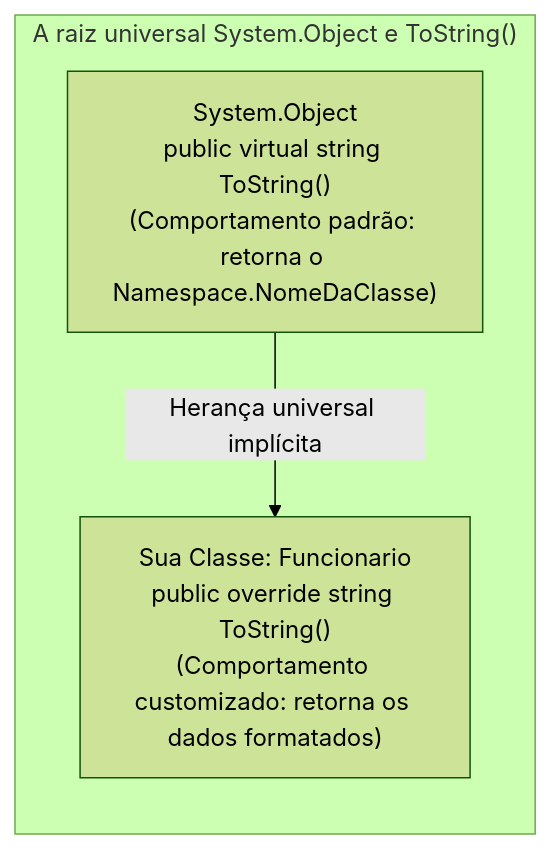
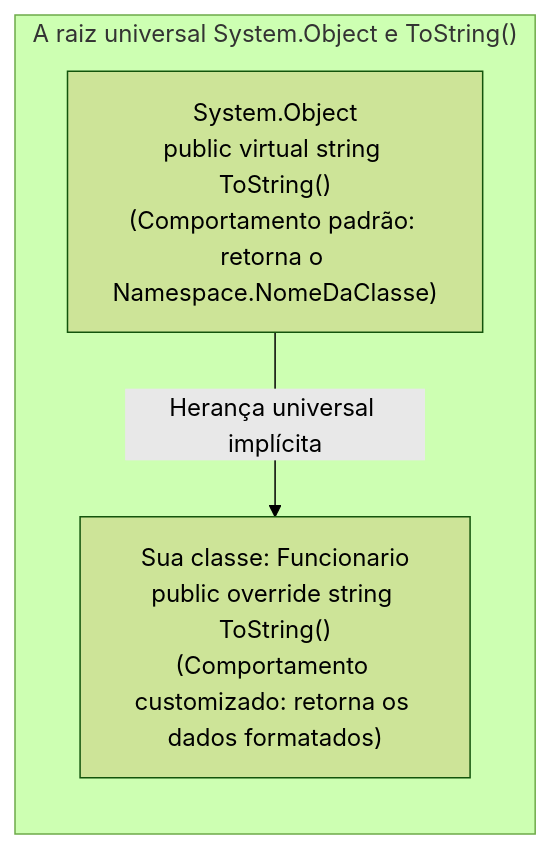
Before and after one commit to leorruas/puc: the tenth of 10 diagrams in 01. Programacao Modular/17. Sobreposição de métodos (virtual e override).md, drawn with Mermaid (forest theme). The commit also changed other lines of this file and 3 other files, not shown here.

````diff
--- a/01. Programacao Modular/17. Sobreposição de métodos (virtual e override).md
+++ b/01. Programacao Modular/17. Sobreposição de métodos (virtual e override).md
@@ -455,12 +500,12 @@
 ```mermaid
 flowchart TD
     subgraph HierarquiaObject ["A raiz universal System.Object e ToString()"]
         direction TB
 
         ObjRoot["System.Object<br>public virtual string ToString()<br>(Comportamento padrão: retorna o Namespace.NomeDaClasse)"]
         
-        SubUser["Sua Classe: Funcionario<br>public override string ToString()<br>(Comportamento customizado: retorna os dados formatados)"]
+        SubUser["Sua classe: Funcionario<br>public override string ToString()<br>(Comportamento customizado: retorna os dados formatados)"]
 
         ObjRoot -->|Herança universal implícita| SubUser
     end
 ```
````
